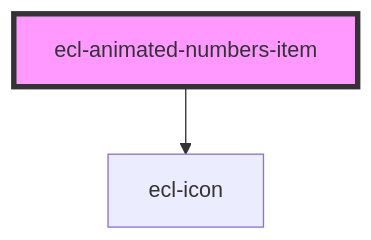
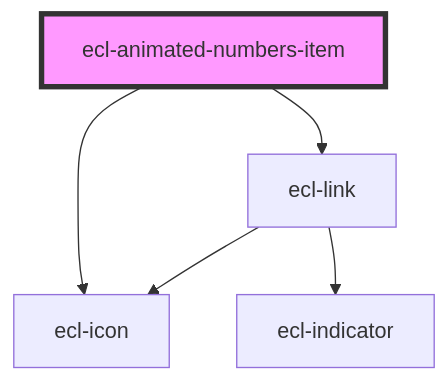
Before and after one commit to ec-europa/ecl-webcomponents: the diagram in src/components/ecl-animated-numbers/readme.md, drawn with Mermaid. The commit also changed other lines of this file and 12 other files, not shown here.

Commit message:
chore: Adding sources for individual items in animated numbers and fact and figures

````diff
--- a/src/components/ecl-animated-numbers/readme.md
+++ b/src/components/ecl-animated-numbers/readme.md
@@ -32,5 +35,8 @@
 ```mermaid
 graph TD;
   ecl-animated-numbers-item --> ecl-icon
+  ecl-animated-numbers-item --> ecl-link
+  ecl-link --> ecl-icon
+  ecl-link --> ecl-indicator
   style ecl-animated-numbers-item fill:#f9f,stroke:#333,stroke-width:4px
 ```
````
